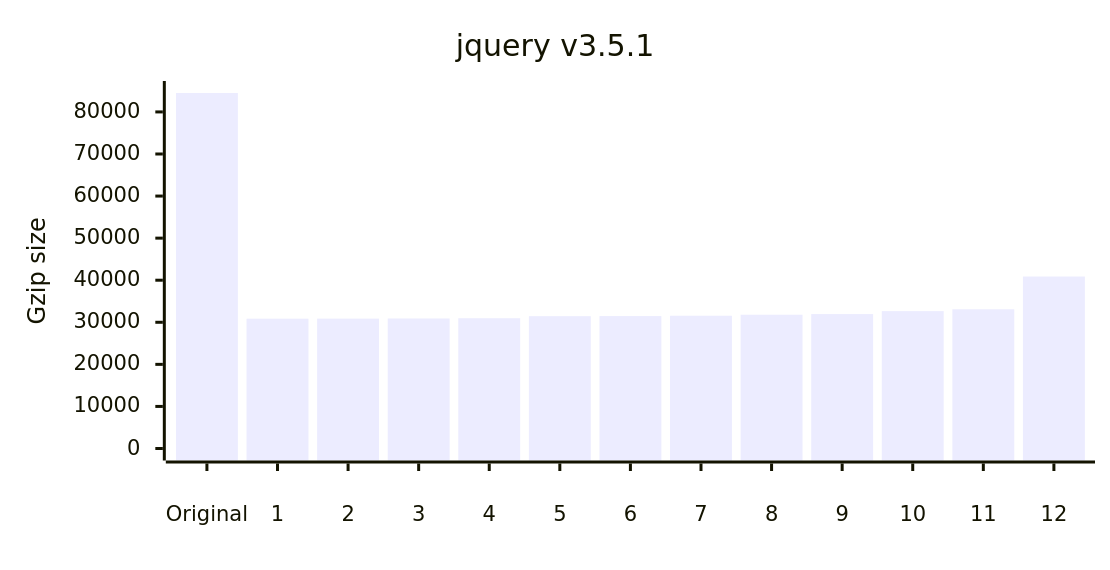
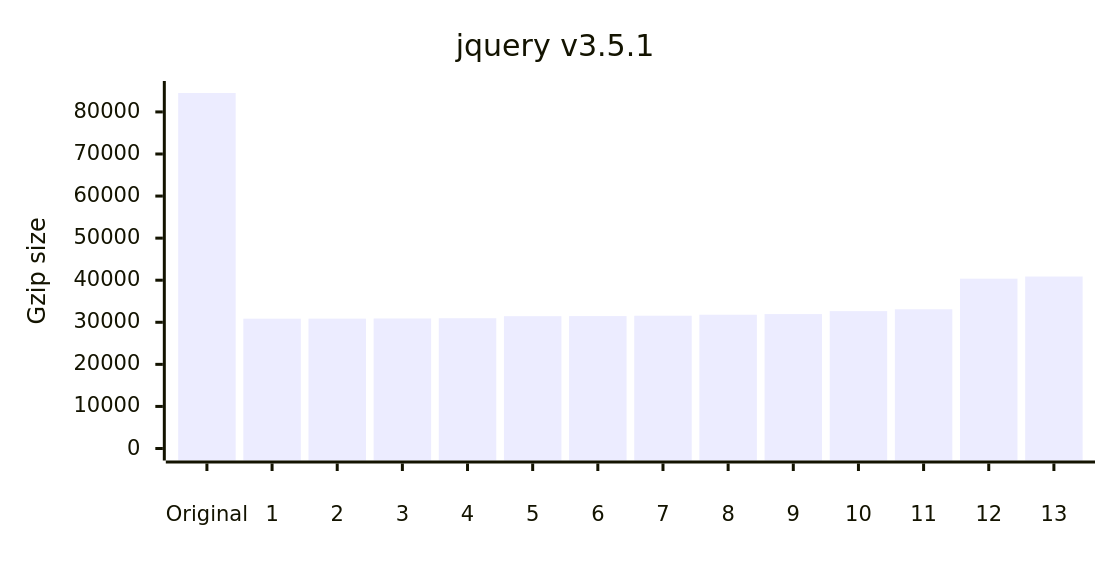
The third of 12 diagrams in README.md (privatenumber/minification-benchmarks), drawn with Mermaid before and after one commit. The commit also changed other lines of this file and 1 other file, not shown here.

````diff
--- a/README.md
+++ b/README.md
@@ -157,17 +160,17 @@
 ```mermaid
 ---
 config:
     xyChart:
         width: 720
         height: 360
         xAxis:
             labelPadding: 20
         yAxis:
             labelPadding: 10
 ---
 xychart-beta
 	title "jquery v3.5.1"
-	x-axis ["Original",1,2,3,4,5,6,7,8,9,10,11,12]
+	x-axis ["Original",1,2,3,4,5,6,7,8,9,10,11,12,13]
 	y-axis "Gzip size" 0 --> 84498
-	bar [84498,30856,30866,30903,30966,31446,31470,31555,31799,31954,32653,33092,40879]
+	bar [84498,30856,30866,30903,30966,31446,31470,31555,31799,31954,32653,33092,40365,40879]
 ```
````
